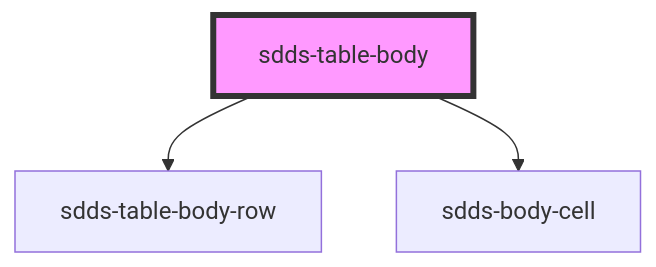
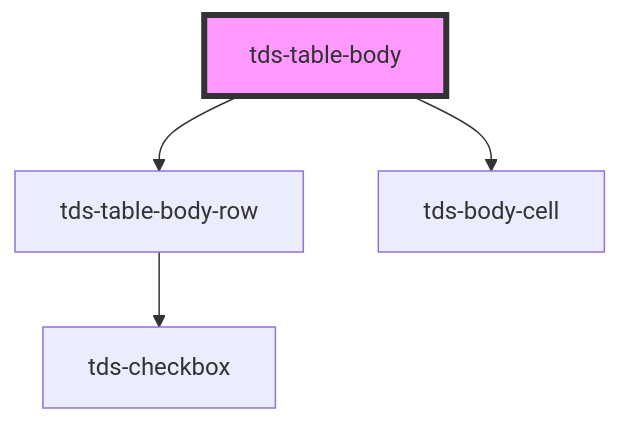
Before and after one commit to scania-digital-design-system/tegel: the diagram in core/src/components/table/table-body/readme.md, drawn with Mermaid. The commit also changed other lines of this file and 41 other files, not shown here.

````diff
--- a/core/src/components/table/table-body/readme.md
+++ b/core/src/components/table/table-body/readme.md
@@ -24,6 +24,7 @@
 ```mermaid
 graph TD;
-  sdds-table-body --> sdds-table-body-row
-  sdds-table-body --> sdds-body-cell
-  style sdds-table-body fill:#f9f,stroke:#333,stroke-width:4px
+  tds-table-body --> tds-table-body-row
+  tds-table-body --> tds-body-cell
+  tds-table-body-row --> tds-checkbox
+  style tds-table-body fill:#f9f,stroke:#333,stroke-width:4px
 ```
````
